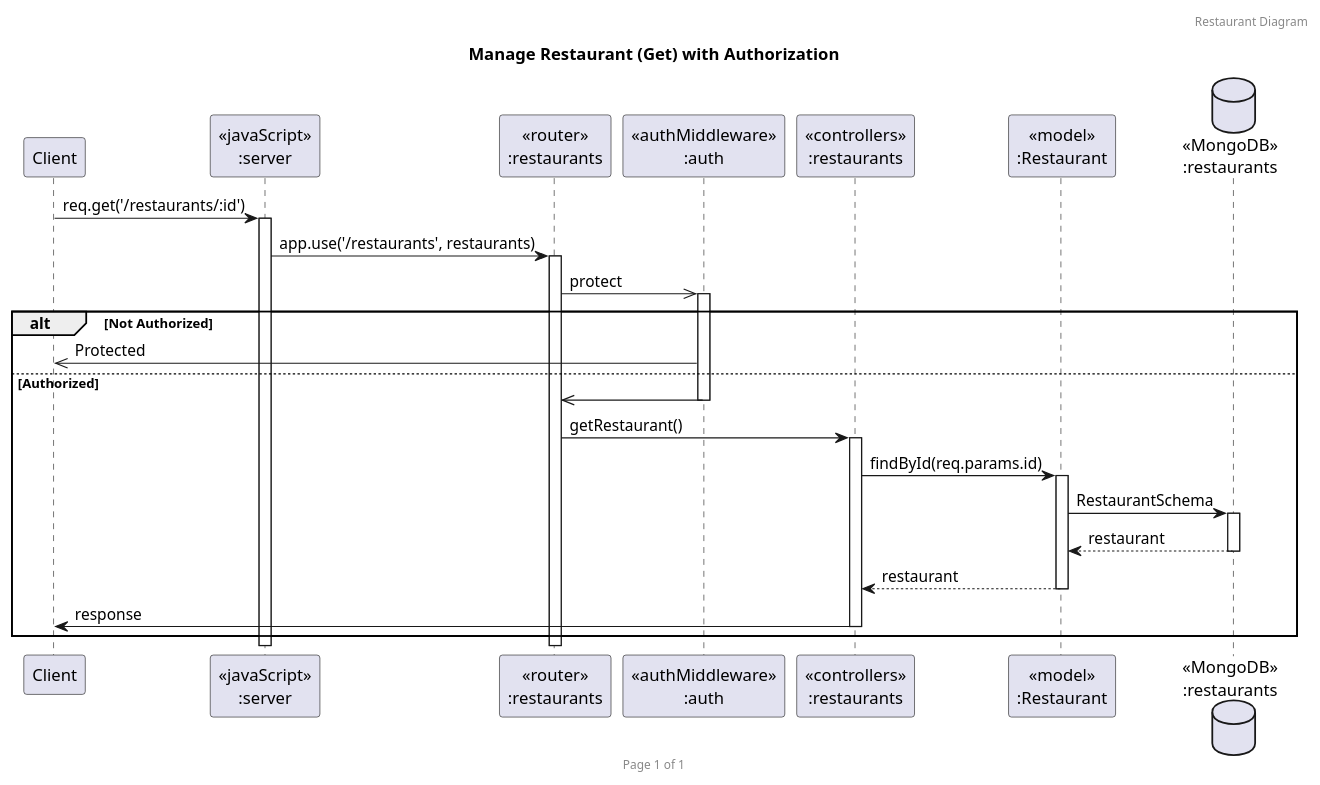
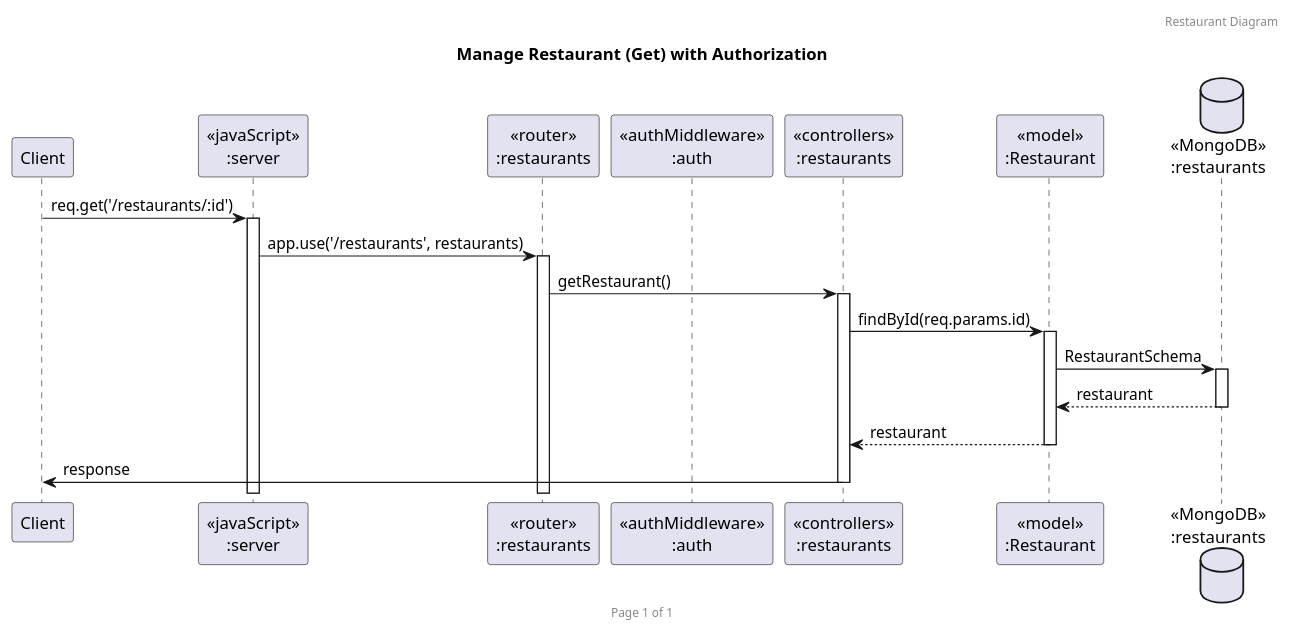
One commit to punchanabu/redrice-backend-express changed the diagram in docs/sequence/restaurant/restaurant(getone).puml. Above: the diagram before and after it, drawn with PlantUML. The commit also changed 6 other files, not shown here.

```diff
--- a/docs/sequence/restaurant/restaurant(getone).puml
+++ b/docs/sequence/restaurant/restaurant(getone).puml
@@ -1,32 +1,26 @@
 @startuml
 header Restaurant Diagram
 footer Page %page% of %lastpage%
 title "Manage Restaurant (Get) with Authorization"
 
 participant "Client" as client
 participant "<<javaScript>>\n:server" as server
 participant "<<router>>\n:restaurants" as routerRestaurants
 participant "<<authMiddleware>>\n:auth" as authMiddleware
 participant "<<controllers>>\n:restaurants" as controllersRestaurants
 participant "<<model>>\n:Restaurant" as modelRestaurant
 database "<<MongoDB>>\n:restaurants" as RestaurantsDatabase
 
 client->server ++:req.get('/restaurants/:id')
 server->routerRestaurants ++:app.use('/restaurants', restaurants)
-routerRestaurants->>authMiddleware ++:protect
+routerRestaurants->controllersRestaurants ++:getRestaurant()
+controllersRestaurants->modelRestaurant ++:findById(req.params.id)
+modelRestaurant ->RestaurantsDatabase ++: RestaurantSchema
+RestaurantsDatabase --> modelRestaurant --: restaurant
+controllersRestaurants <-- modelRestaurant --: restaurant
+controllersRestaurants->client --:response
 
-alt Not Authorized
-    authMiddleware->>client :Protected
-else Authorized
-    authMiddleware->>routerRestaurants -- :
-    routerRestaurants->controllersRestaurants ++:getRestaurant()
-    controllersRestaurants->modelRestaurant ++:findById(req.params.id)
-    modelRestaurant ->RestaurantsDatabase ++: RestaurantSchema
-    RestaurantsDatabase --> modelRestaurant --: restaurant
-    controllersRestaurants <-- modelRestaurant --: restaurant
-    controllersRestaurants->client --:response
-end
 
 
 
 @enduml
```
